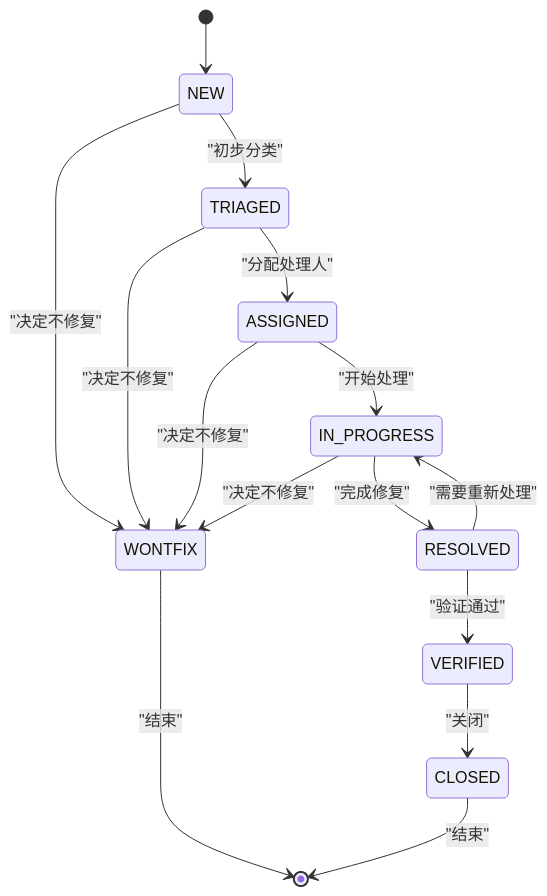
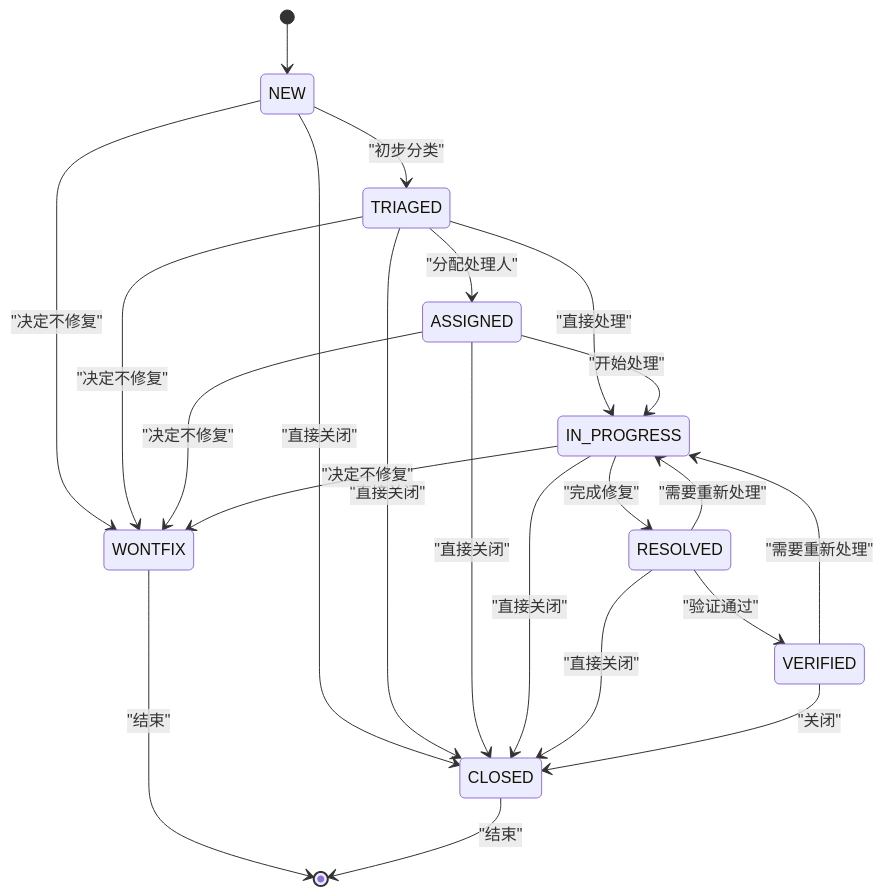
Before and after one commit to ai-guru-global/agent-up: the sixth of 7 diagrams in .qoder/repowiki/zh/content/功能模块/反馈中心.md, drawn with Mermaid. The commit also changed other lines of this file and 32 other files, not shown here.

````diff
--- a/.qoder/repowiki/zh/content/功能模块/反馈中心.md
+++ b/.qoder/repowiki/zh/content/功能模块/反馈中心.md
@@ -325,17 +382,24 @@
 ```mermaid
 stateDiagram-v2
 [*] --> NEW
 NEW --> TRIAGED : "初步分类"
 NEW --> WONTFIX : "决定不修复"
+NEW --> CLOSED : "直接关闭"
 TRIAGED --> ASSIGNED : "分配处理人"
+TRIAGED --> IN_PROGRESS : "直接处理"
 TRIAGED --> WONTFIX : "决定不修复"
+TRIAGED --> CLOSED : "直接关闭"
 ASSIGNED --> IN_PROGRESS : "开始处理"
 ASSIGNED --> WONTFIX : "决定不修复"
+ASSIGNED --> CLOSED : "直接关闭"
 IN_PROGRESS --> RESOLVED : "完成修复"
 IN_PROGRESS --> WONTFIX : "决定不修复"
+IN_PROGRESS --> CLOSED : "直接关闭"
 RESOLVED --> VERIFIED : "验证通过"
 RESOLVED --> IN_PROGRESS : "需要重新处理"
+RESOLVED --> CLOSED : "直接关闭"
 VERIFIED --> CLOSED : "关闭"
+VERIFIED --> IN_PROGRESS : "需要重新处理"
 WONTFIX --> [*] : "结束"
 CLOSED --> [*] : "结束"
 ```
````
